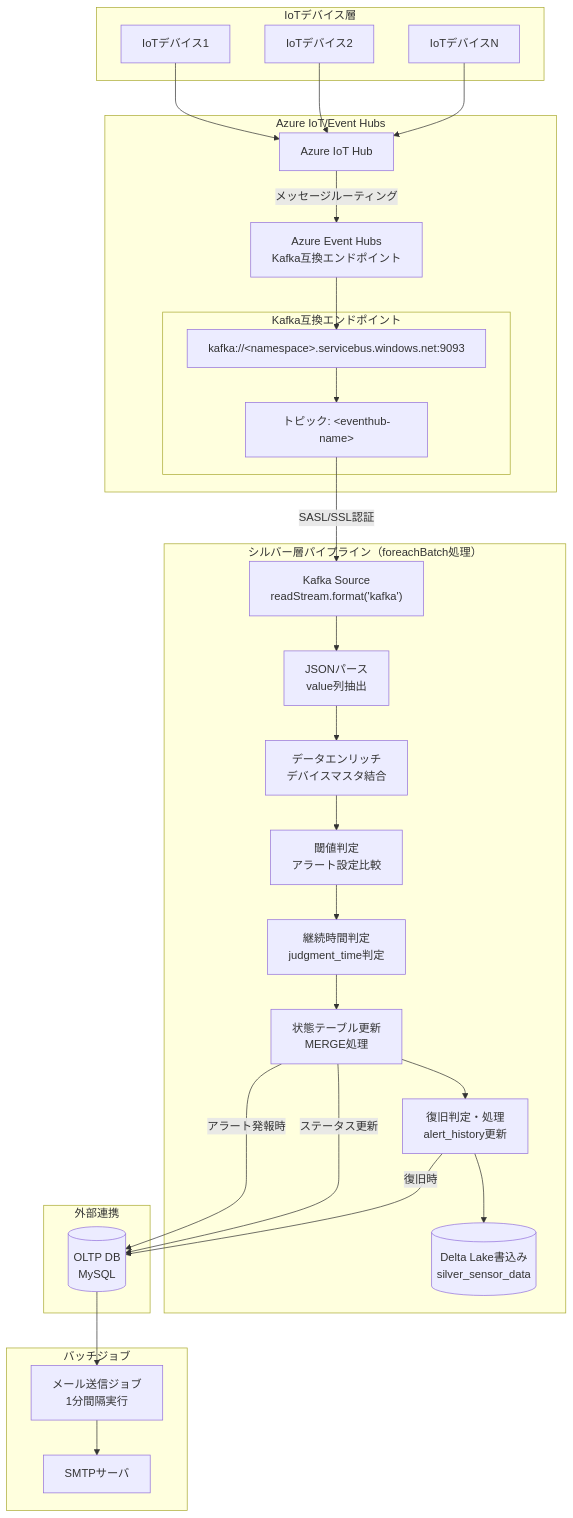
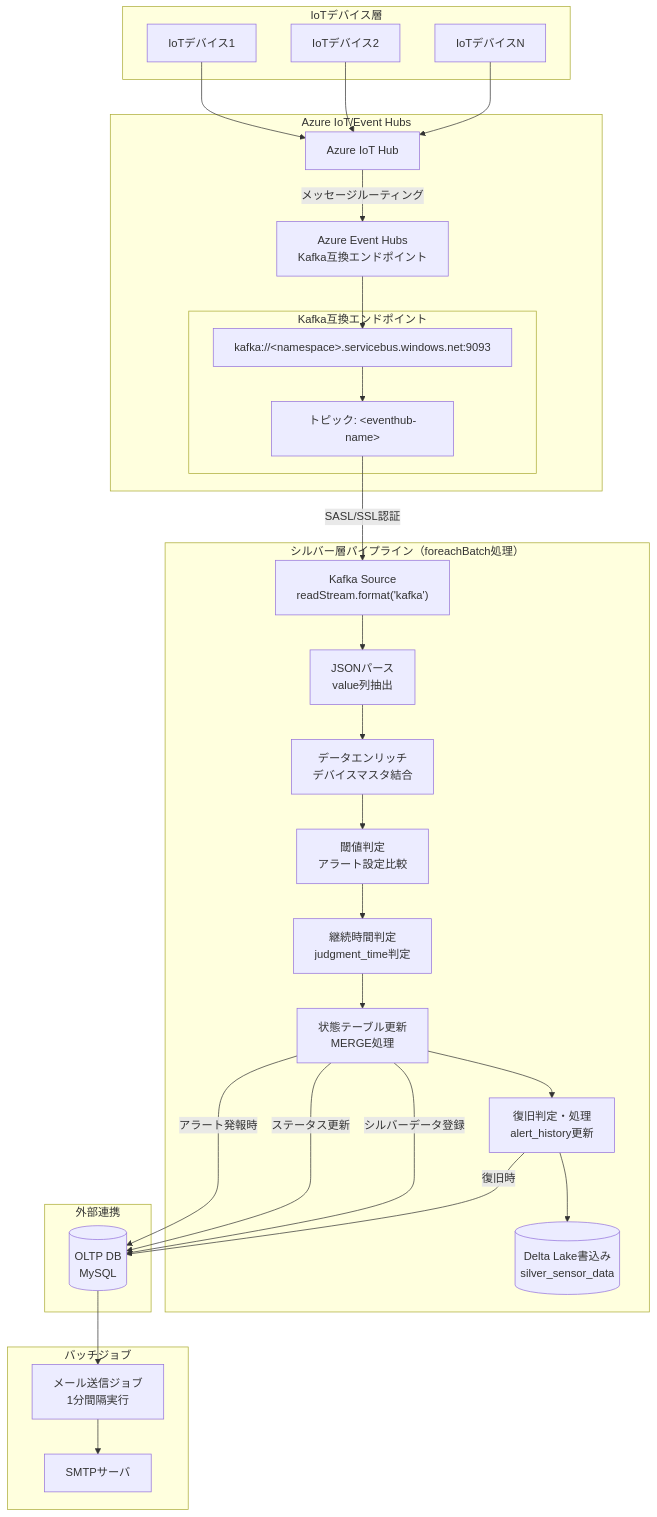
One commit to NSW-SVCP-AIWG002/Databricks-IoT changed the first of 2 diagrams in docs/03-features/ldp-pipeline/silver-layer/README.md. Above: the diagram before and after it, drawn with Mermaid. The commit also changed other lines of this file and 1 other file, not shown here.

Commit message:
OLTP DBに対するセンサーデータの登録記載追加

````diff
--- a/docs/03-features/ldp-pipeline/silver-layer/README.md
+++ b/docs/03-features/ldp-pipeline/silver-layer/README.md
@@ -135,57 +137,58 @@
 ```mermaid
 flowchart TB
     subgraph IoT["IoTデバイス層"]
         Device1[IoTデバイス1]
         Device2[IoTデバイス2]
         DeviceN[IoTデバイスN]
     end
 
     subgraph Azure["Azure IoT/Event Hubs"]
         IoTHub[Azure IoT Hub]
         EH[Azure Event Hubs<br>Kafka互換エンドポイント]
 
         subgraph Kafka["Kafka互換エンドポイント"]
             KafkaBroker["kafka://&lt;namespace&gt;.servicebus.windows.net:9093"]
             Topic["トピック: &lt;eventhub-name&gt;"]
         end
     end
 
     subgraph Pipeline["シルバー層パイプライン（foreachBatch処理）"]
         KafkaSource["Kafka Source<br>readStream.format('kafka')"]
         Parse[JSONパース<br>value列抽出]
         Enrich[データエンリッチ<br>デバイスマスタ結合]
         ThresholdCheck[閾値判定<br>アラート設定比較]
         StateCheck[継続時間判定<br>judgment_time判定]
         StateUpdate[状態テーブル更新<br>MERGE処理]
         Recovery[復旧判定・処理<br>alert_history更新]
         Write[(Delta Lake書込み<br>silver_sensor_data)]
 
         KafkaSource --> Parse
         Parse --> Enrich
         Enrich --> ThresholdCheck
         ThresholdCheck --> StateCheck
         StateCheck --> StateUpdate
         StateUpdate --> Recovery
         Recovery --> Write
     end
 
     subgraph External["外部連携"]
         StateUpdate -->|アラート発報時| OLTP
         StateUpdate -->|ステータス更新| OLTP[(OLTP DB<br>MySQL)]
+        StateUpdate -->|シルバーデータ登録| OLTP
         Recovery -->|復旧時| OLTP
     end
 
     subgraph Batch["バッチジョブ"]
         OLTP --> EmailJob[メール送信ジョブ<br>1分間隔実行]
         EmailJob --> SMTP[SMTPサーバ]
     end
 
     Device1 --> IoTHub
     Device2 --> IoTHub
     DeviceN --> IoTHub
 
     IoTHub -->|メッセージルーティング| EH
     EH --> KafkaBroker
     KafkaBroker --> Topic
     Topic -->|SASL/SSL認証| KafkaSource
 ```
````
